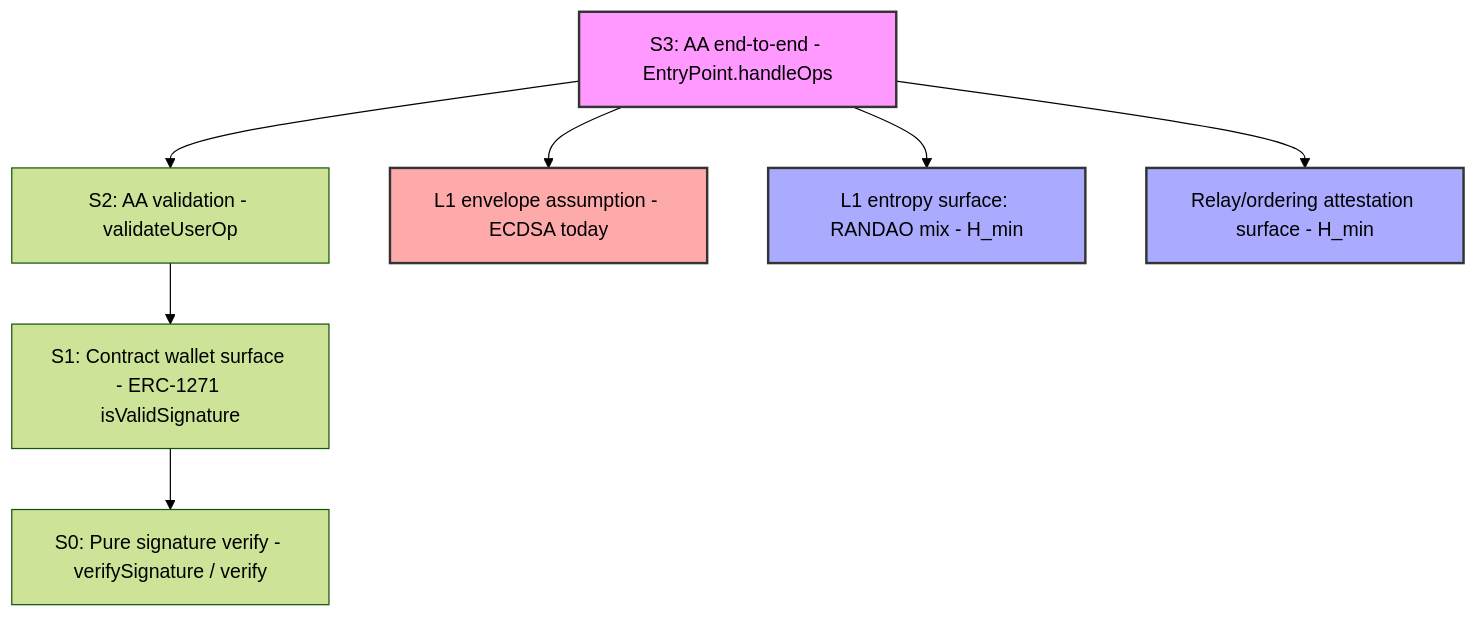
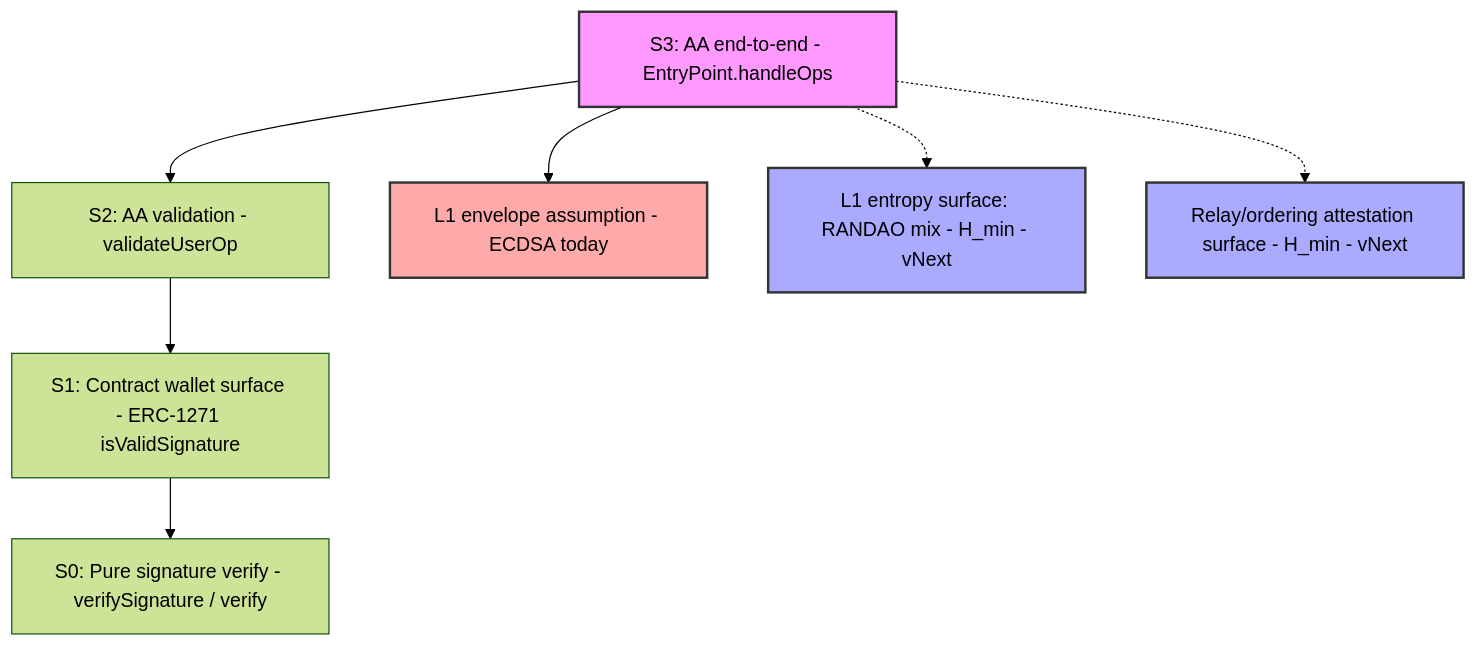
The second of 2 diagrams in spec/case_graph.md (pipavlo82/gas-per-secure-bit), drawn with Mermaid (forest theme) before and after one commit. The commit also changed other lines of this file, not shown here.

````diff
--- a/spec/case_graph.md
+++ b/spec/case_graph.md
@@ -141,24 +154,26 @@
 ```mermaid
 flowchart TD
   S3[S3: AA end-to-end - EntryPoint.handleOps]
   S2[S2: AA validation - validateUserOp]
   S1[S1: Contract wallet surface - ERC-1271 isValidSignature]
   S0[S0: Pure signature verify - verifySignature / verify]
 
   ENV[L1 envelope assumption - ECDSA today]
-  RANDAO[L1 entropy surface: RANDAO mix - H_min]
-  RELAY[Relay/ordering attestation surface - H_min]
+  RANDAO[L1 entropy surface: RANDAO mix - H_min - vNext]
+  RELAY[Relay/ordering attestation surface - H_min - vNext]
 
   S3 --> S2
   S2 --> S1
   S1 --> S0
 
   S3 --> ENV
-  S3 --> RANDAO
-  S3 --> RELAY
+  
+  %% vNext dependencies (optional until threat model finalized)
+  S3 -.-> RANDAO
+  S3 -.-> RELAY
 
   style S3 fill:#f9f,stroke:#333,stroke-width:2px
   style ENV fill:#faa,stroke:#333,stroke-width:2px
   style RANDAO fill:#aaf,stroke:#333,stroke-width:2px
   style RELAY fill:#aaf,stroke:#333,stroke-width:2px
 ```
````
